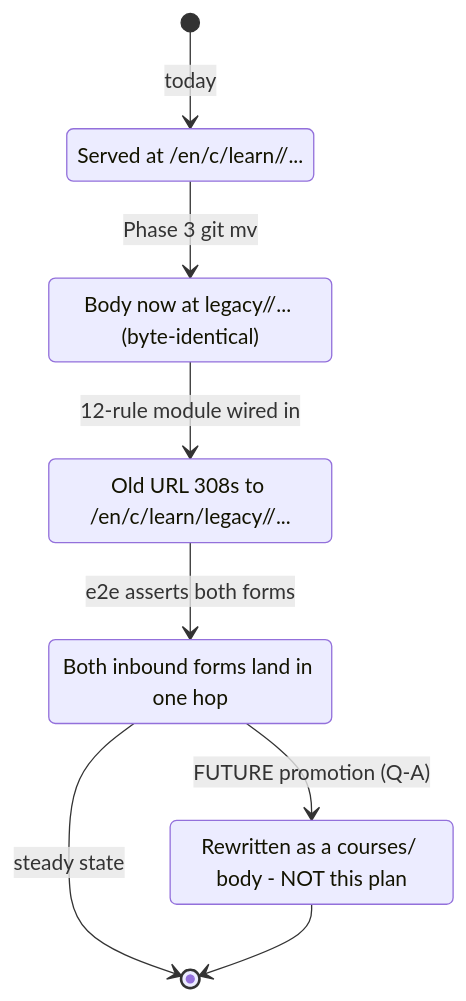
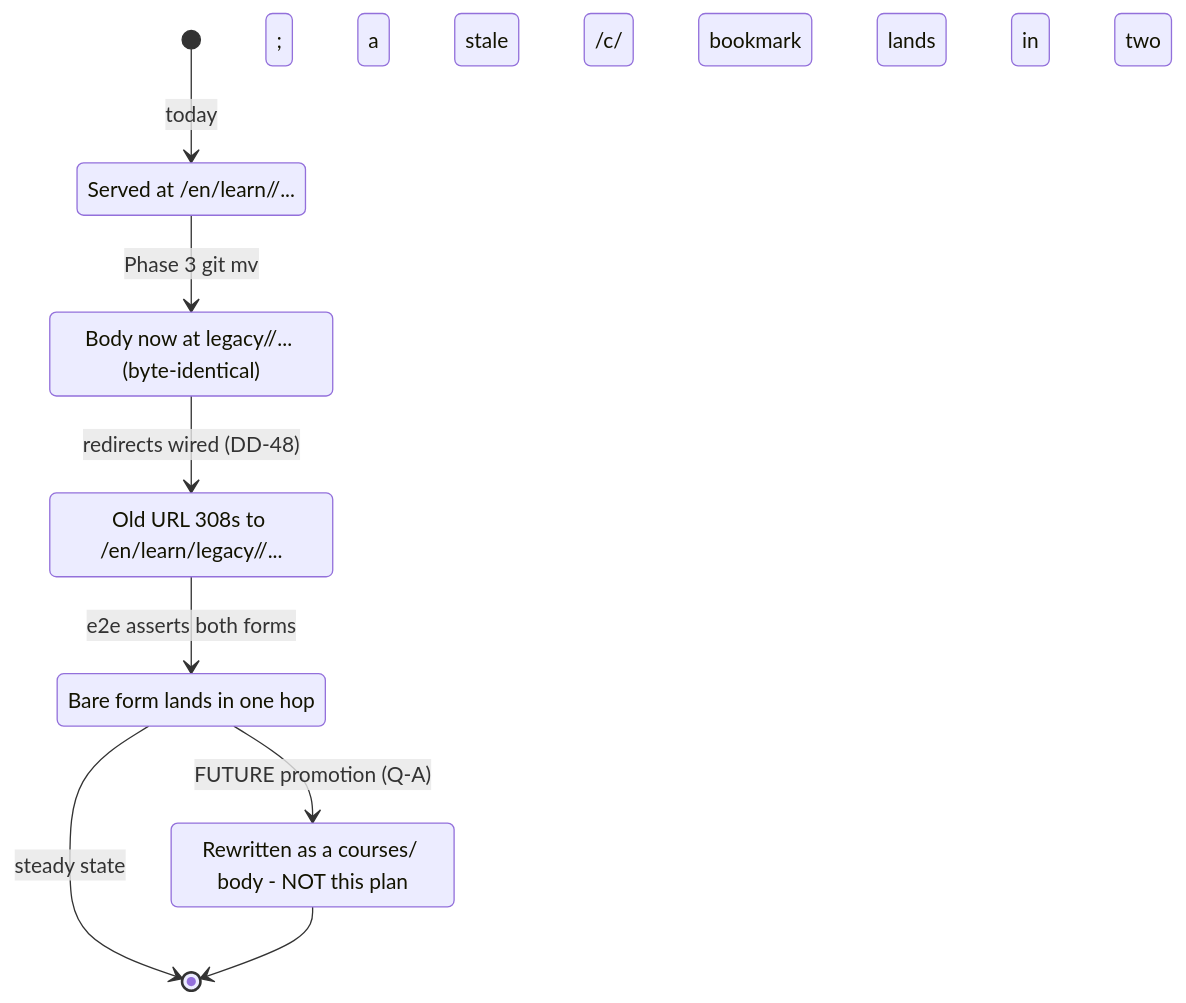
The fifth of 5 diagrams in plans/backlog/ayokoding-learning-path-01-url-restructure/tech-docs.md (wahidyankf/baseerah), drawn with Mermaid before and after one commit. The commit also changed other lines of this file and 77 other files, not shown here.

````diff
--- a/plans/backlog/ayokoding-learning-path-01-url-restructure/tech-docs.md
+++ b/plans/backlog/ayokoding-learning-path-01-url-restructure/tech-docs.md
@@ -575,17 +876,17 @@
 ```mermaid
 %% What a single legacy page URL goes through across the plan.
 %% Accessibility: no colour encoding — each state names its serving address in text.
 stateDiagram-v2
     [*] --> ServedAtDomain: today
-    ServedAtDomain: Served at /en/c/learn/<domain>/...
+    ServedAtDomain: Served at /en/learn/<domain>/...
     ServedAtDomain --> Relocated: Phase 3 git mv
     Relocated: Body now at legacy/<domain>/... (byte-identical)
-    Relocated --> Redirected: 12-rule module wired in
-    Redirected: Old URL 308s to /en/c/learn/legacy/<domain>/...
+    Relocated --> Redirected: redirects wired (DD-48)
+    Redirected: Old URL 308s to /en/learn/legacy/<domain>/...
     Redirected --> Verified: e2e asserts both forms
-    Verified: Both inbound forms land in one hop
+    Verified: Bare form lands in one hop; a stale /c/ bookmark lands in two
     Verified --> Promoted: FUTURE promotion (Q-A)
     Promoted: Rewritten as a courses/ body - NOT this plan
     Verified --> [*]: steady state
     Promoted --> [*]
 ```
````
